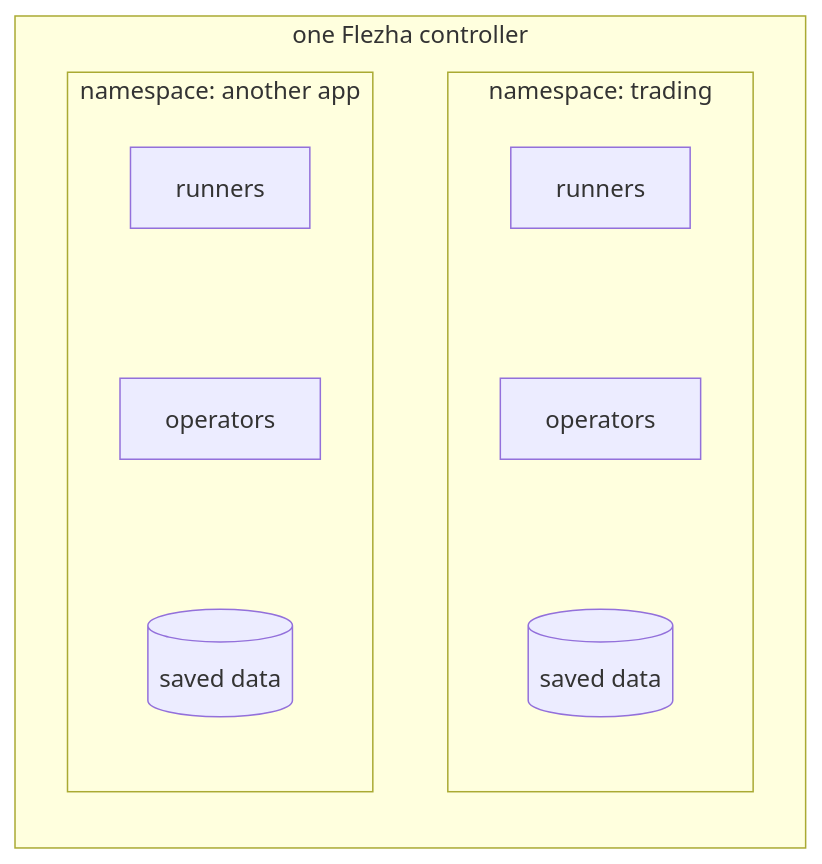
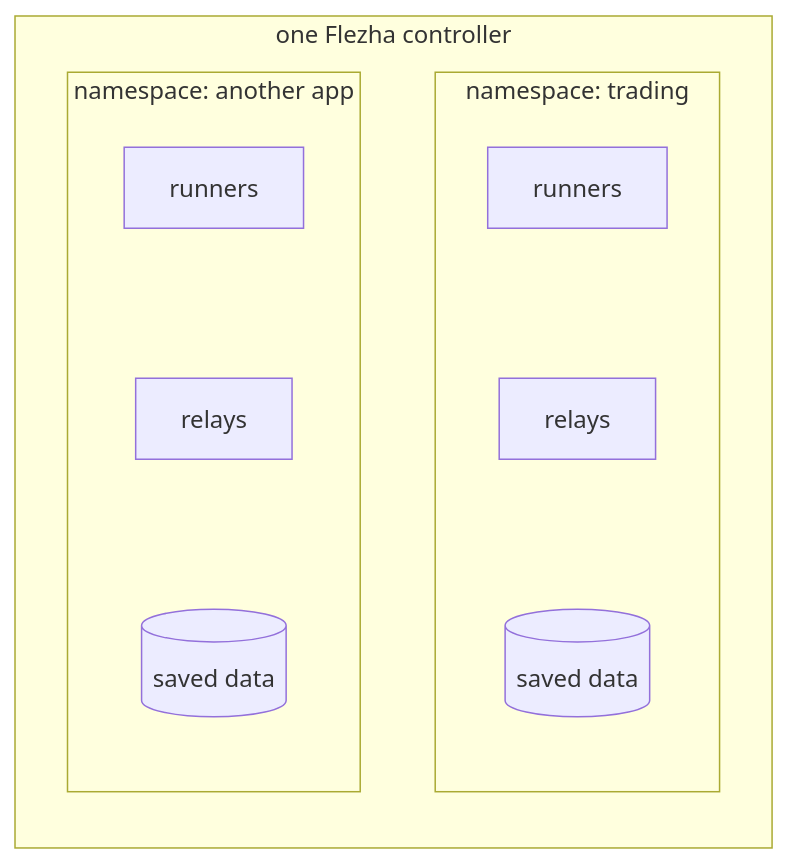
The diagram in priv/ai_kit/docs/namespaces.md (Flezha/flezha), drawn with Mermaid before and after one commit. The commit also changed other lines of this file and 1198 other files, not shown here.

````diff
--- a/priv/ai_kit/docs/namespaces.md
+++ b/priv/ai_kit/docs/namespaces.md
@@ -16,13 +16,13 @@
 ```mermaid
 flowchart LR
     subgraph C["one Flezha controller"]
         subgraph T["namespace: trading"]
             direction TB
-            T1["runners"] ~~~ T2["operators"] ~~~ T3[("saved data")]
+            T1["runners"] ~~~ T2["relays"] ~~~ T3[("saved data")]
         end
         subgraph M["namespace: another app"]
             direction TB
-            M1["runners"] ~~~ M2["operators"] ~~~ M3[("saved data")]
+            M1["runners"] ~~~ M2["relays"] ~~~ M3[("saved data")]
         end
     end
 ```
````
